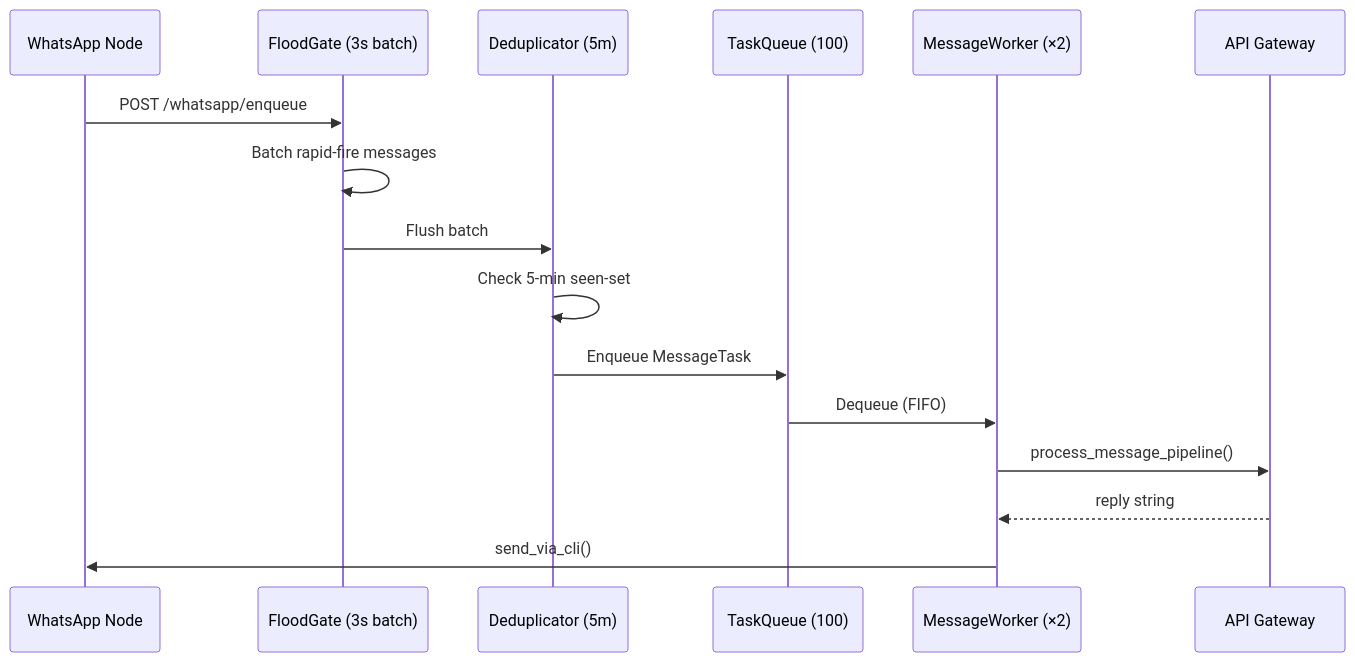
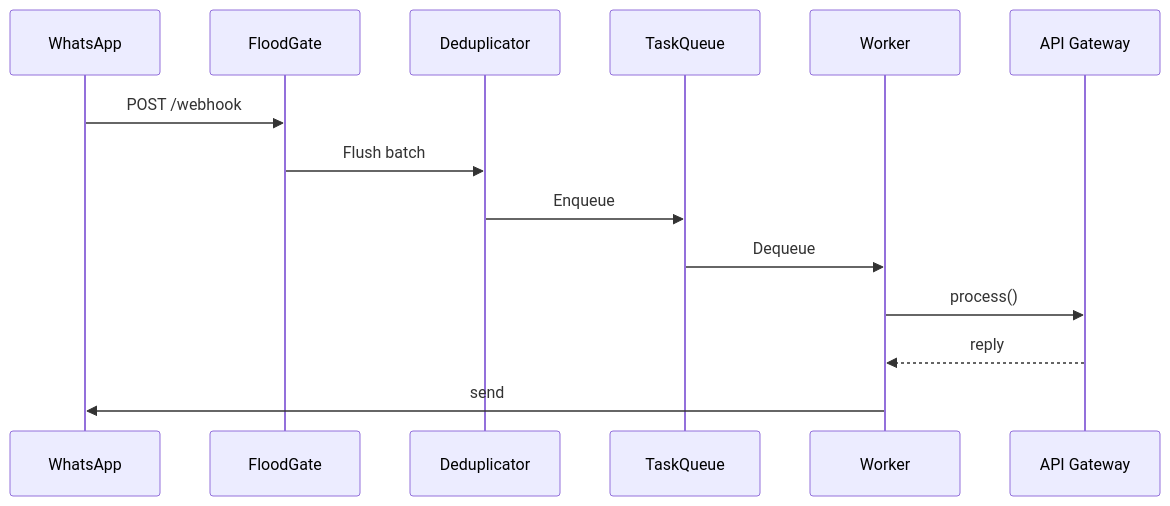
The second of 7 diagrams in ARCHITECTURE.md (UpayanGhosh/Synapse-OSS), drawn with Mermaid before and after one commit. The commit also changed other lines of this file, not shown here.

````diff
--- a/ARCHITECTURE.md
+++ b/ARCHITECTURE.md
@@ -91,19 +91,17 @@
 ```mermaid
 sequenceDiagram
-    participant WA as WhatsApp Node
-    participant FG as FloodGate (3s batch)
-    participant DD as Deduplicator (5m)
-    participant Q  as TaskQueue (100)
-    participant W  as MessageWorker (×2)
-    participant G  as API Gateway
+    participant WA as WhatsApp
+    participant FG as FloodGate
+    participant DD as Deduplicator
+    participant Q as TaskQueue
+    participant W as Worker
+    participant G as API Gateway
 
-    WA->>FG: POST /whatsapp/enqueue
-    FG->>FG: Batch rapid-fire messages
+    WA->>FG: POST /webhook
     FG->>DD: Flush batch
-    DD->>DD: Check 5-min seen-set
-    DD->>Q: Enqueue MessageTask
-    Q->>W: Dequeue (FIFO)
-    W->>G: process_message_pipeline()
-    G-->>W: reply string
-    W->>WA: send_via_cli()
+    DD->>Q: Enqueue
+    Q->>W: Dequeue
+    W->>G: process()
+    G-->>W: reply
+    W->>WA: send
 ```
````
